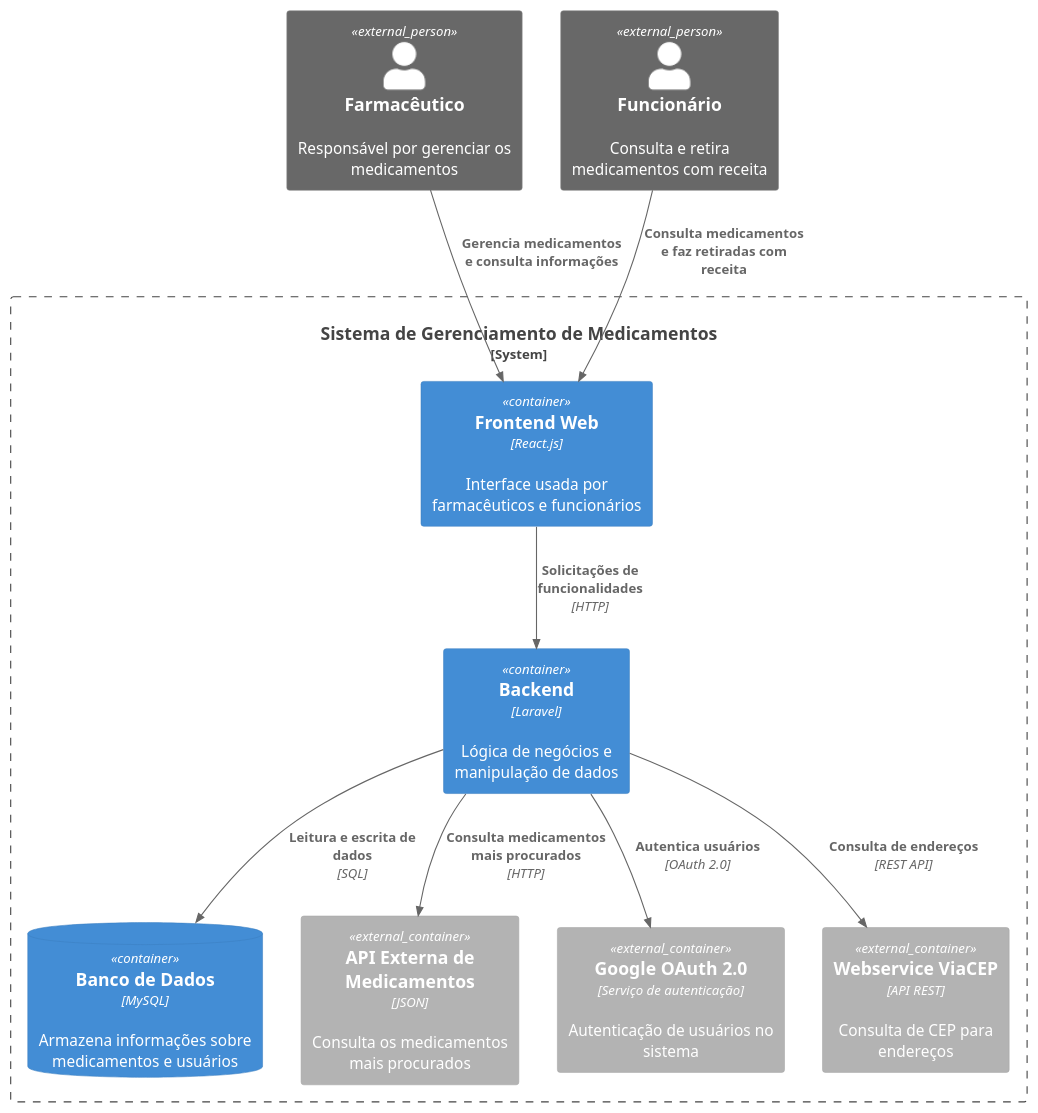
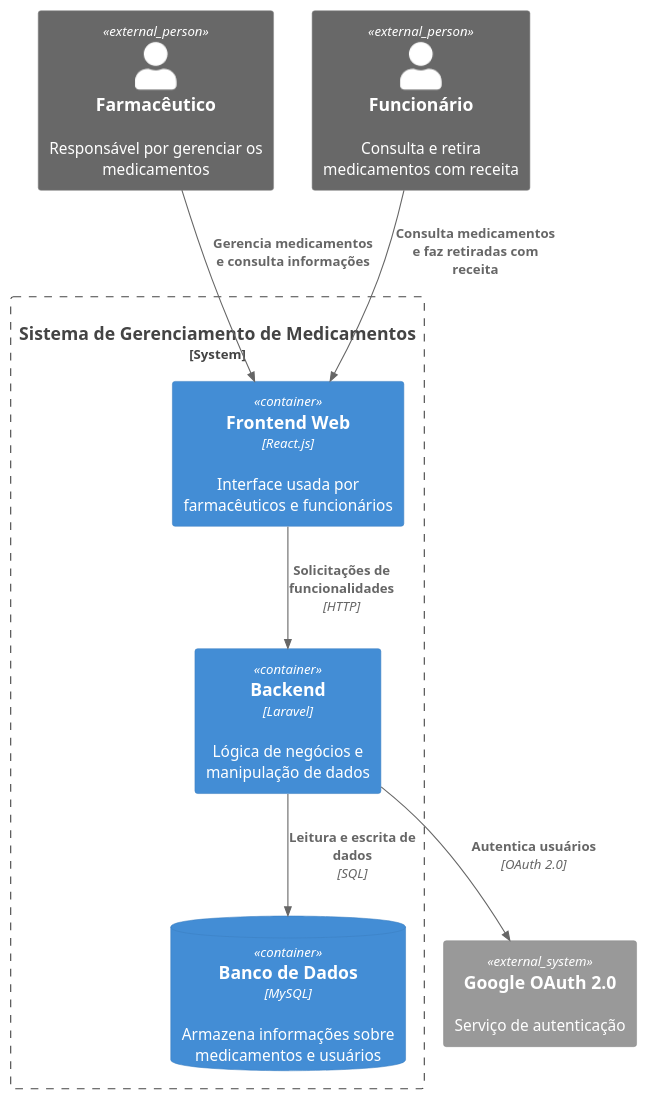
One commit to echotasuku/Scripts_Diagramas changed the diagram in Container/Container.puml. Above: the diagram before and after it, drawn with PlantUML. The commit also changed 5 other files, not shown here.

Commit message:
alteraçao nos diagramas

```diff
--- a/Container/Container.puml
+++ b/Container/Container.puml
@@ -1,25 +1,21 @@
 @startuml
 !include https://raw.githubusercontent.com/plantuml-stdlib/C4-PlantUML/master/C4_Container.puml
-
 
 Person_Ext(farmaceutico, "Farmacêutico", "Responsável por gerenciar os medicamentos")
 Person_Ext(funcionario, "Funcionário", "Consulta e retira medicamentos com receita")
 
 System_Boundary(sistema, "Sistema de Gerenciamento de Medicamentos") {
     Container(frontend, "Frontend Web", "React.js", "Interface usada por farmacêuticos e funcionários")
     Container(backend, "Backend", "Laravel", "Lógica de negócios e manipulação de dados")
     ContainerDb(database, "Banco de Dados", "MySQL", "Armazena informações sobre medicamentos e usuários")
-    Container_Ext(apiMedicamentos, "API Externa de Medicamentos", "JSON", "Consulta os medicamentos mais procurados")
-    Container_Ext(googleOAuth, "Google OAuth 2.0", "Serviço de autenticação", "Autenticação de usuários no sistema")
-    Container_Ext(viaCEP, "Webservice ViaCEP", "API REST", "Consulta de CEP para endereços")
 }
+
+System_Ext(googleOAuth, "Google OAuth 2.0", "Serviço de autenticação")
 
 Rel(farmaceutico, frontend, "Gerencia medicamentos e consulta informações")
 Rel(funcionario, frontend, "Consulta medicamentos e faz retiradas com receita")
 Rel(frontend, backend, "Solicitações de funcionalidades", "HTTP")
 Rel(backend, database, "Leitura e escrita de dados", "SQL")
-Rel(backend, apiMedicamentos, "Consulta medicamentos mais procurados", "HTTP")
 Rel(backend, googleOAuth, "Autentica usuários", "OAuth 2.0")
-Rel(backend, viaCEP, "Consulta de endereços", "REST API")
 
 @enduml
```
